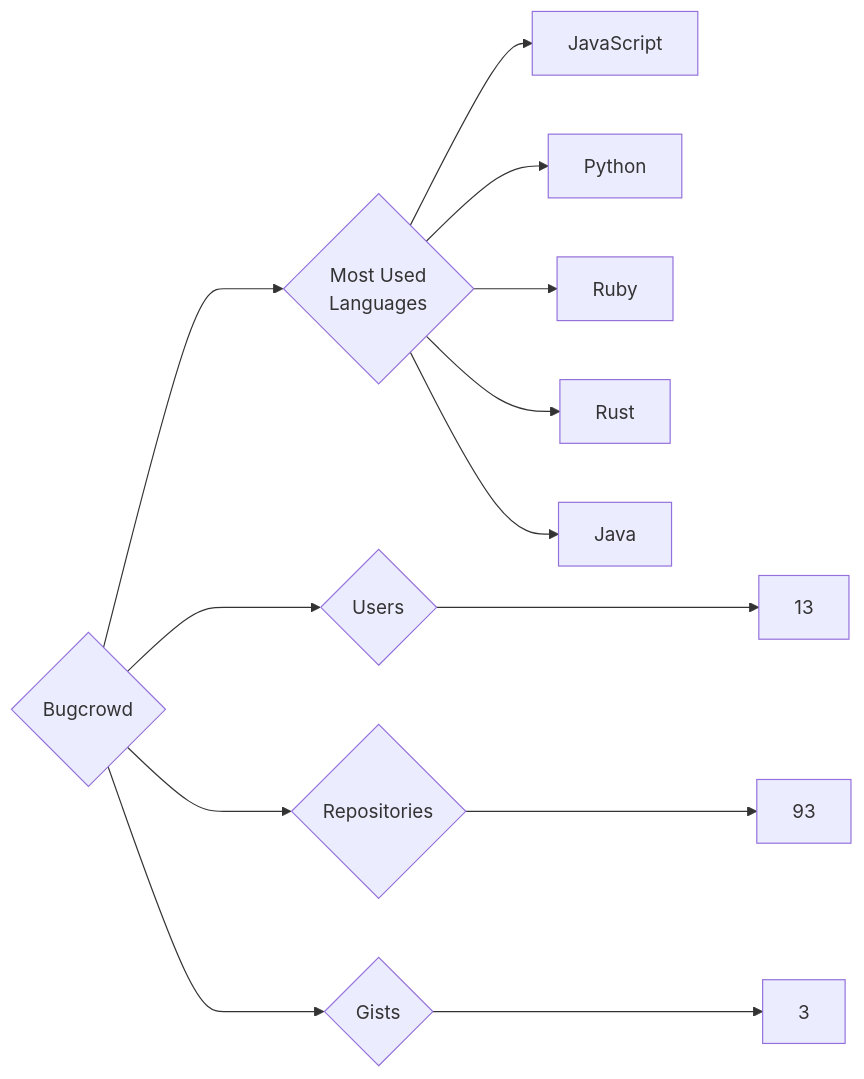
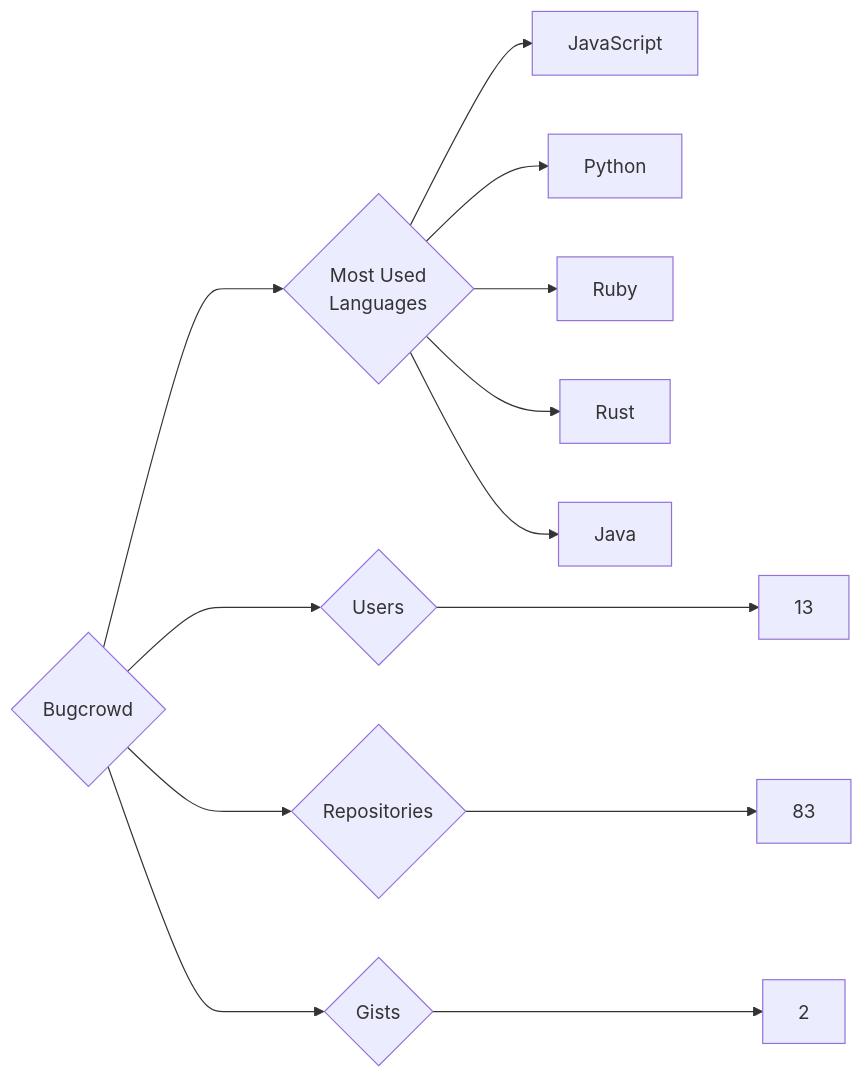
One commit to trickest/insiders changed the diagram in targets/Bugcrowd/README.md. Above: the diagram before and after it, drawn with Mermaid. The commit also changed 1088 other files, not shown here.

````diff
--- a/targets/Bugcrowd/README.md
+++ b/targets/Bugcrowd/README.md
@@ -3,13 +3,13 @@
 ```mermaid
 graph LR
 COMPANY_NAME{Bugcrowd}
 COMPANY_NAME ---> U{Users} ---> UN[13]
-COMPANY_NAME ---> R{Repositories} ---> RN[93]
-COMPANY_NAME ---> G{Gists} ---> GN[3]
+COMPANY_NAME ---> R{Repositories} ---> RN[83]
+COMPANY_NAME ---> G{Gists} ---> GN[2]
 COMPANY_NAME ---> ML{Most Used<br>Languages}
 ML --> JavaScript[JavaScript]
 ML --> Python[Python]
 ML --> Ruby[Ruby]
 ML --> Rust[Rust]
 ML --> Java[Java]
 ```
````
